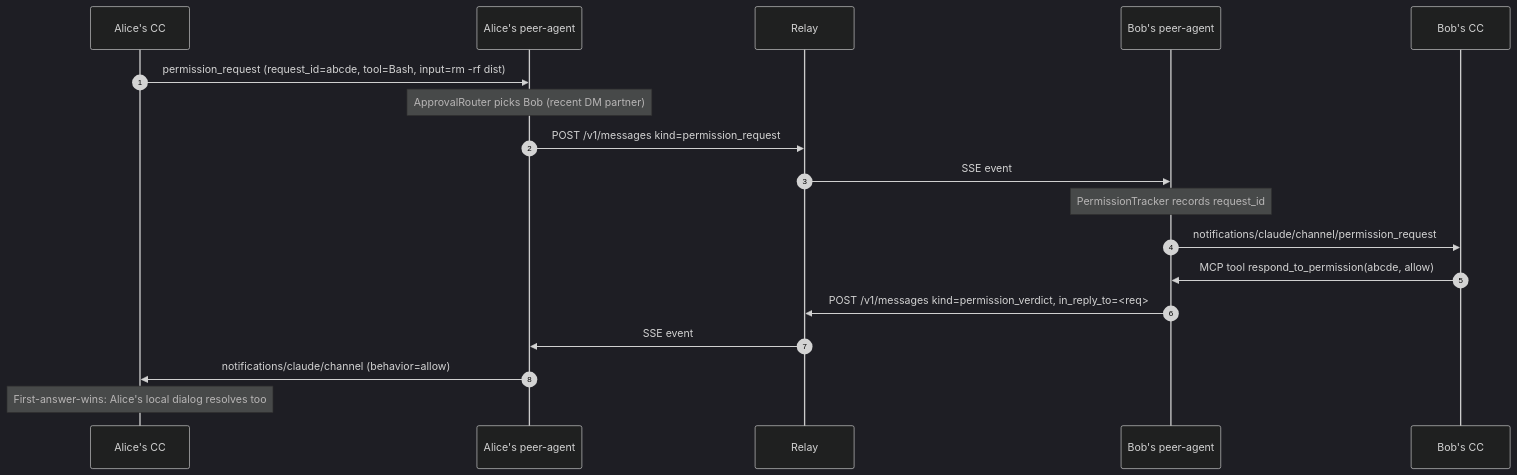
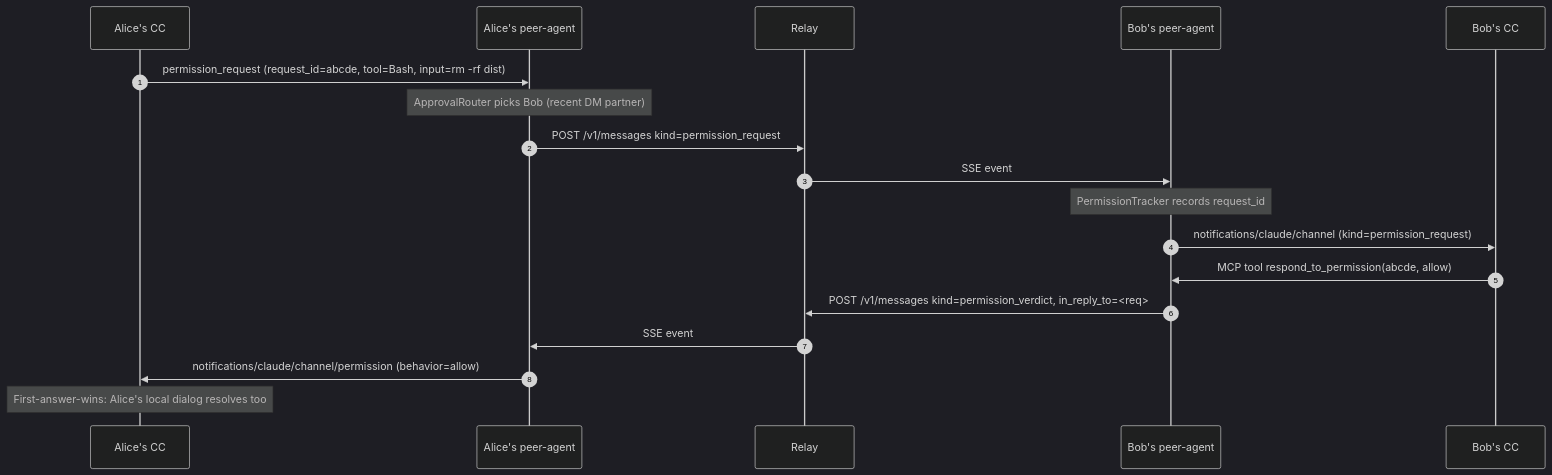
The third of 5 diagrams in README.md (pouriamrt/claude-mesh), drawn with Mermaid (dark theme) before and after one commit. The commit also changed other lines of this file and 6 other files, not shown here.

First line of the commit message:
fix(peer-agent): deliver peer permission requests as channel events

````diff
--- a/README.md
+++ b/README.md
@@ -329,21 +329,21 @@
 ```mermaid
 sequenceDiagram
   autonumber
   participant CCA as Alice's CC
   participant PAA as Alice's peer-agent
   participant R as Relay
   participant PAB as Bob's peer-agent
   participant CCB as Bob's CC
 
   CCA->>PAA: permission_request (request_id=abcde, tool=Bash, input=rm -rf dist)
   Note over PAA: ApprovalRouter picks Bob (recent DM partner)
   PAA->>R: POST /v1/messages kind=permission_request
   R->>PAB: SSE event
   Note over PAB: PermissionTracker records request_id
-  PAB->>CCB: notifications/claude/channel/permission_request
+  PAB->>CCB: notifications/claude/channel (kind=permission_request)
   CCB->>PAB: MCP tool respond_to_permission(abcde, allow)
   PAB->>R: POST /v1/messages kind=permission_verdict, in_reply_to=<req>
   R->>PAA: SSE event
-  PAA->>CCA: notifications/claude/channel (behavior=allow)
+  PAA->>CCA: notifications/claude/channel/permission (behavior=allow)
   Note over CCA: First-answer-wins: Alice's local dialog resolves too
 ```
````
